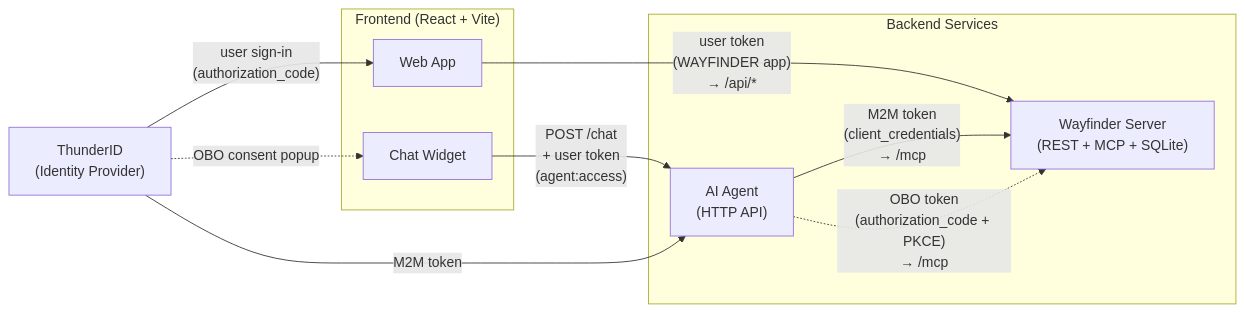
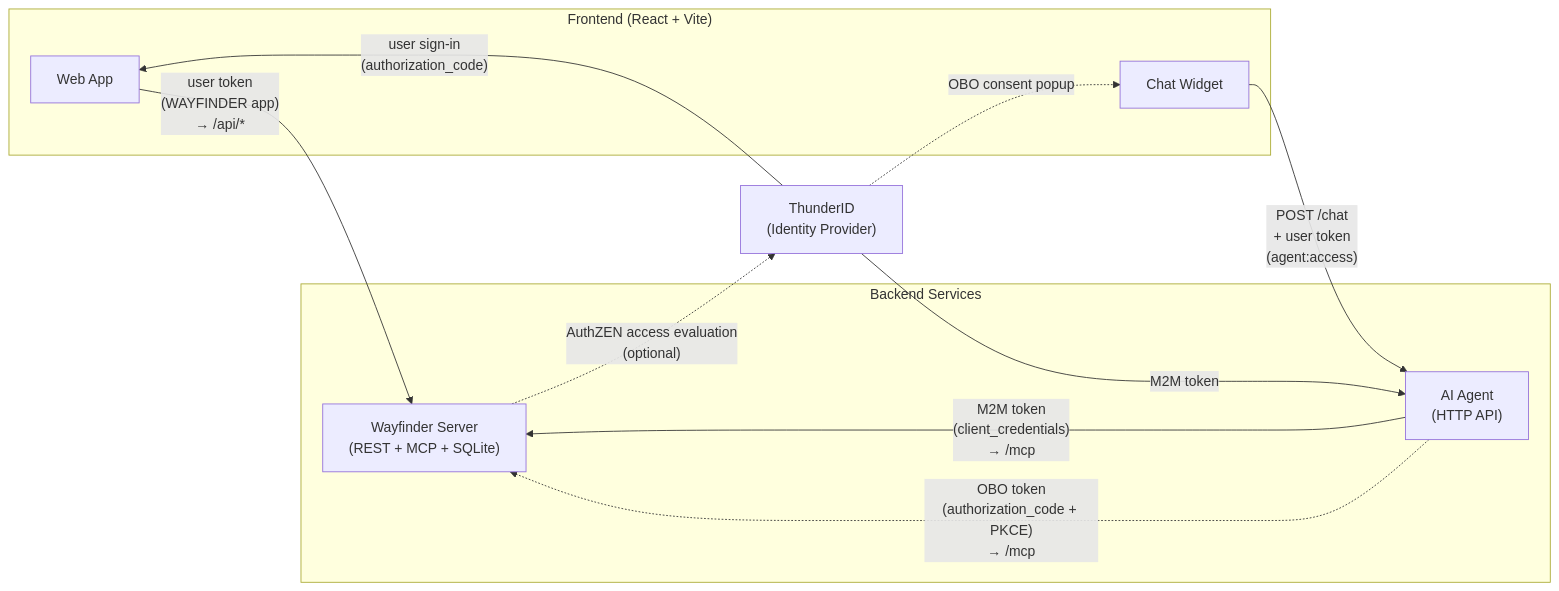
One commit to rajithacharith/thunder changed the diagram in samples/apps/wayfinder-sample/README.md. Above: the diagram before and after it, drawn with Mermaid. The commit also changed other lines of this file and 26 other files, not shown here.

Commit message:
Add AuthZEN authorization to Wayfinder MCP tools

````diff
--- a/samples/apps/wayfinder-sample/README.md
+++ b/samples/apps/wayfinder-sample/README.md
@@ -11,23 +11,24 @@
 ```mermaid
 graph LR
     subgraph Frontend["Frontend (React + Vite)"]
         UI["Web App"]
         Chat["Chat Widget"]
     end
 
     subgraph Backend["Backend Services"]
         Agent["AI Agent<br/>(HTTP API)"]
         Wayfinder["Wayfinder Server<br/>(REST + MCP + SQLite)"]
     end
 
-    Thunder["ThunderID<br/>(Identity Provider)"]
+    ThunderID["ThunderID<br/>(Identity Provider)"]
 
     UI -- "user token<br/>(WAYFINDER app)<br/>→ /api/*" --> Wayfinder
     Chat -- "POST /chat<br/>+ user token<br/>(agent:access)" --> Agent
     Agent -- "M2M token<br/>(client_credentials)<br/>→ /mcp" --> Wayfinder
     Agent -. "OBO token<br/>(authorization_code + PKCE)<br/>→ /mcp" .-> Wayfinder
 
-    Thunder -- "user sign-in<br/>(authorization_code)" --> UI
-    Thunder -- "M2M token" --> Agent
-    Thunder -. "OBO consent popup" .-> Chat
+    ThunderID -- "user sign-in<br/>(authorization_code)" --> UI
+    ThunderID -- "M2M token" --> Agent
+    ThunderID -. "OBO consent popup" .-> Chat
+    Wayfinder -. "AuthZEN access evaluation<br/>(optional)" .-> ThunderID
 ```
````
